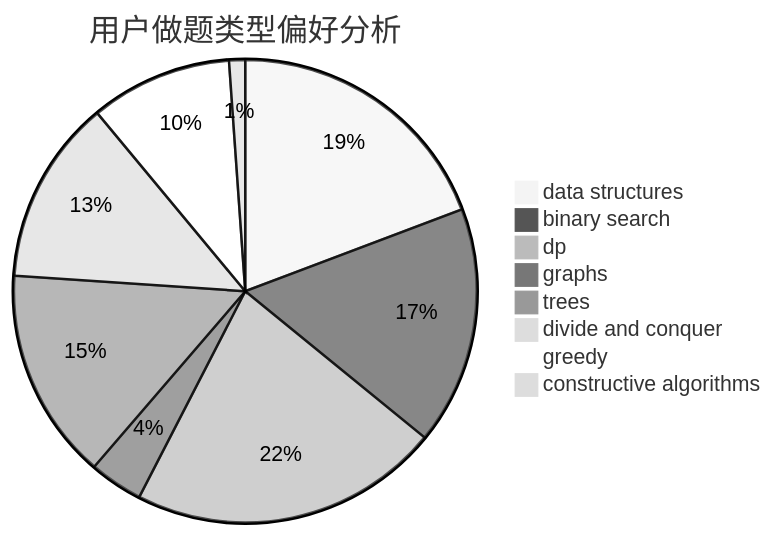
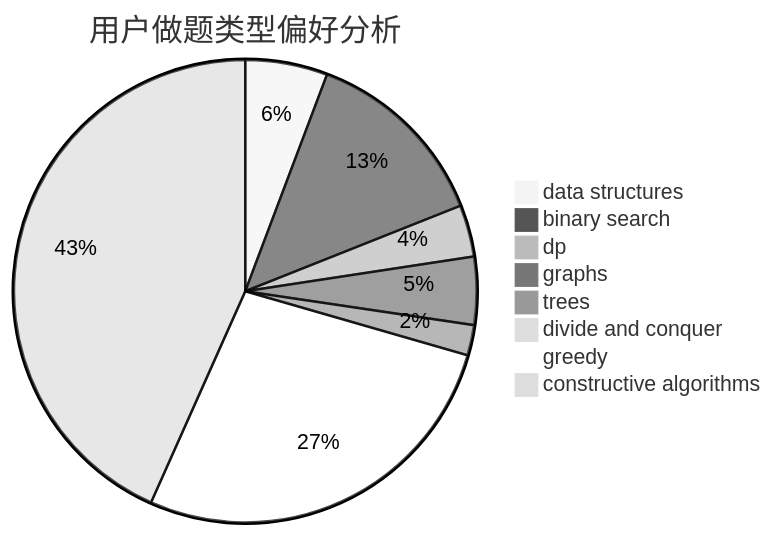
Before and after one commit to sherpahu/cfrs.github.io: the second of 3 diagrams in docs/user/u621.md, drawn with Mermaid (neutral theme). The commit also changed other lines of this file and 2770 other files, not shown here.

````diff
--- a/docs/user/u621.md
+++ b/docs/user/u621.md
@@ -23,11 +23,11 @@
 ```mermaid
 pie title 用户做题类型偏好分析
-    "data structures" :  103
-    "binary search" :  89
-    "dp" :  116
-    "graphs" :  20
-    "trees" :  79
-    "divide and conquer" :  69
-    "greedy" :  53
-    "constructive algorithms" :  6
+    "data structures" :  46
+    "binary search" :  106
+    "dp" :  29
+    "graphs" :  38
+    "trees" :  17
+    "divide and conquer" :  6
+    "greedy" :  218
+    "constructive algorithms" :  347
 ```
````
